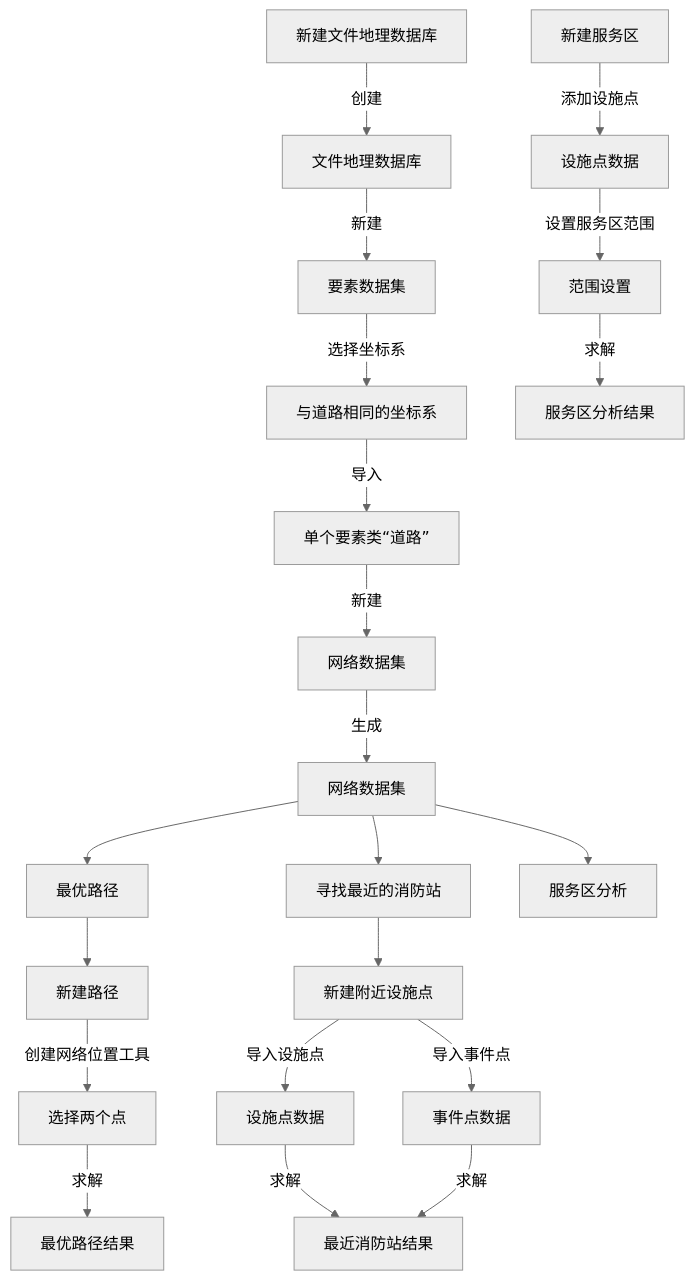
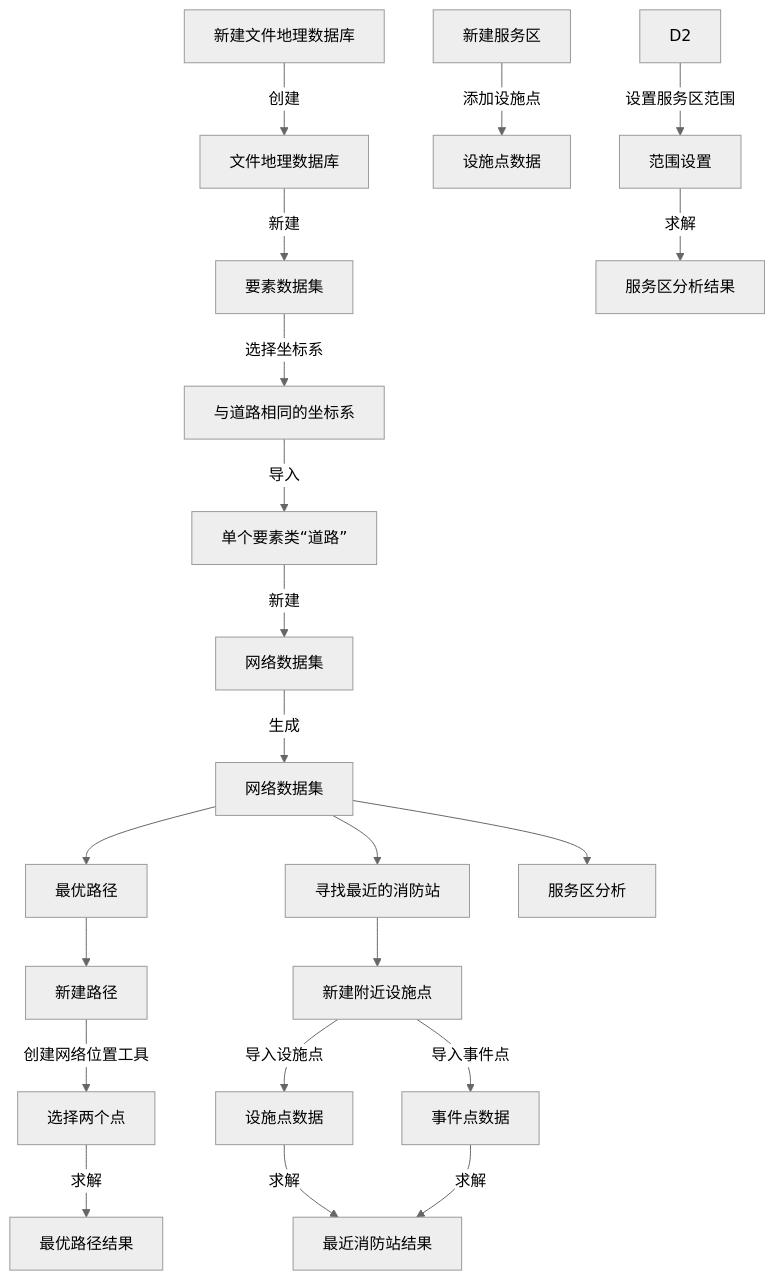
The diagram in all/未命名.md (newguser/iodraw-files), drawn with Mermaid (neutral theme) before and after one commit.

Commit message:
2025-02-27 21:18:12 update

````diff
--- a/all/未命名.md
+++ b/all/未命名.md
@@ -1,23 +1,23 @@
 ```mermaid
 graph TD
     A[新建文件地理数据库] -->|创建| B[文件地理数据库]
     B -->|新建| C[要素数据集]
     C -->|选择坐标系| D[与道路相同的坐标系]
     D -->|导入| E[单个要素类“道路”]
     E -->|新建| F[网络数据集]
     F -->|生成| G[网络数据集]
     G[网络数据集] -->H[最优路径]
     G[网络数据集] -->I[寻找最近的消防站]
     G[网络数据集] -->J[服务区分析]
     H[最优路径]-->H1[新建路径]
     H1[新建路径] -->|创建网络位置工具| H2[选择两个点]
         H2 -->|求解| H3[最优路径结果]
     I[寻找最近的消防站]-->I1[新建附近设施点]
     I1[新建附近设施点] -->|导入设施点| I2[设施点数据]
         I1 -->|导入事件点| I3[事件点数据]
         I2 -->|求解| I4[最近消防站结果]
         I3 -->|求解| I4
-     D1[新建服务区] -->|添加设施点| D2[设施点数据]
+     J1[新建服务区] -->|添加设施点| J2[设施点数据]
         D2 -->|设置服务区范围| D3[范围设置]
         D3 -->|求解| D4[服务区分析结果]
 ```
````
